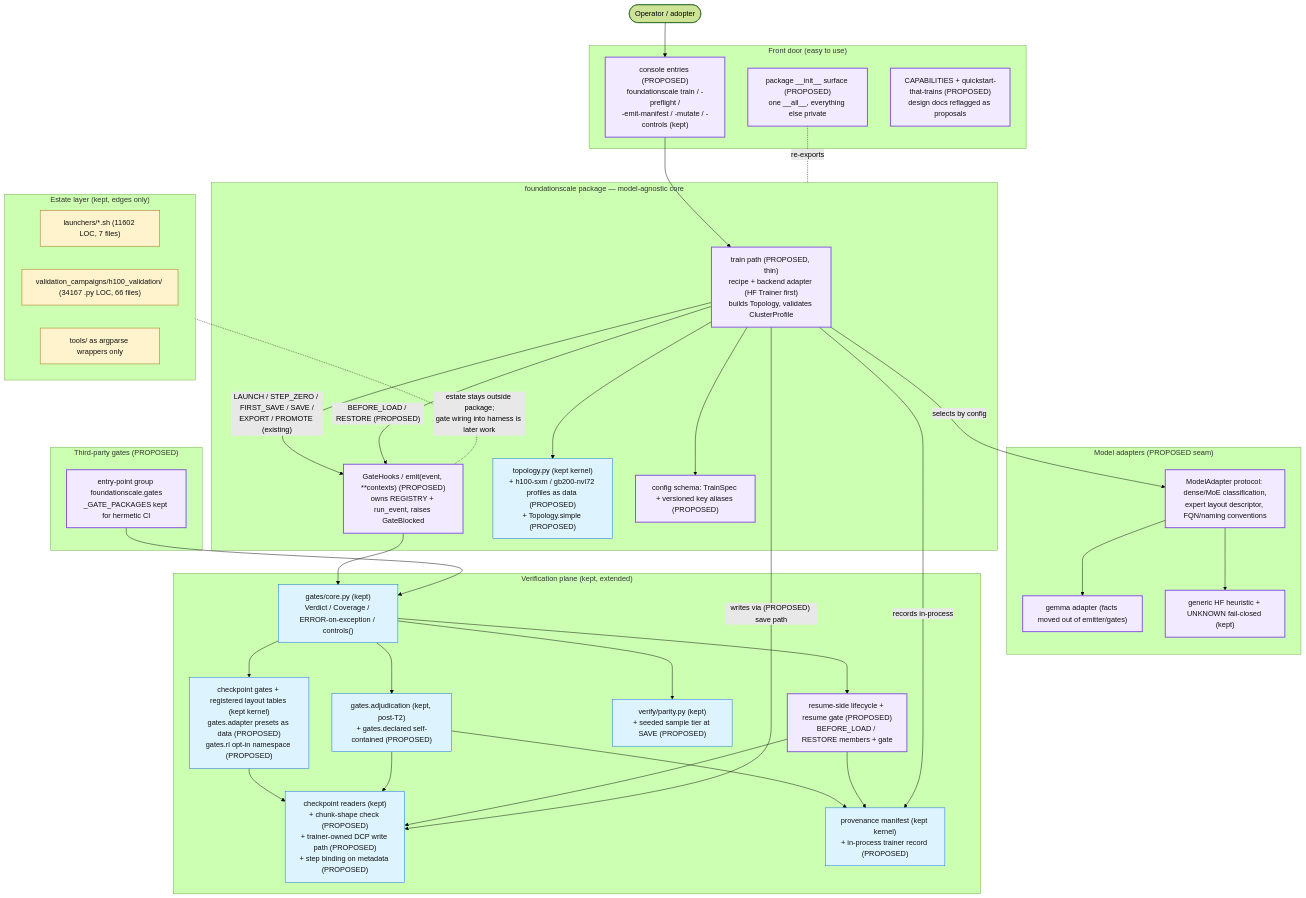
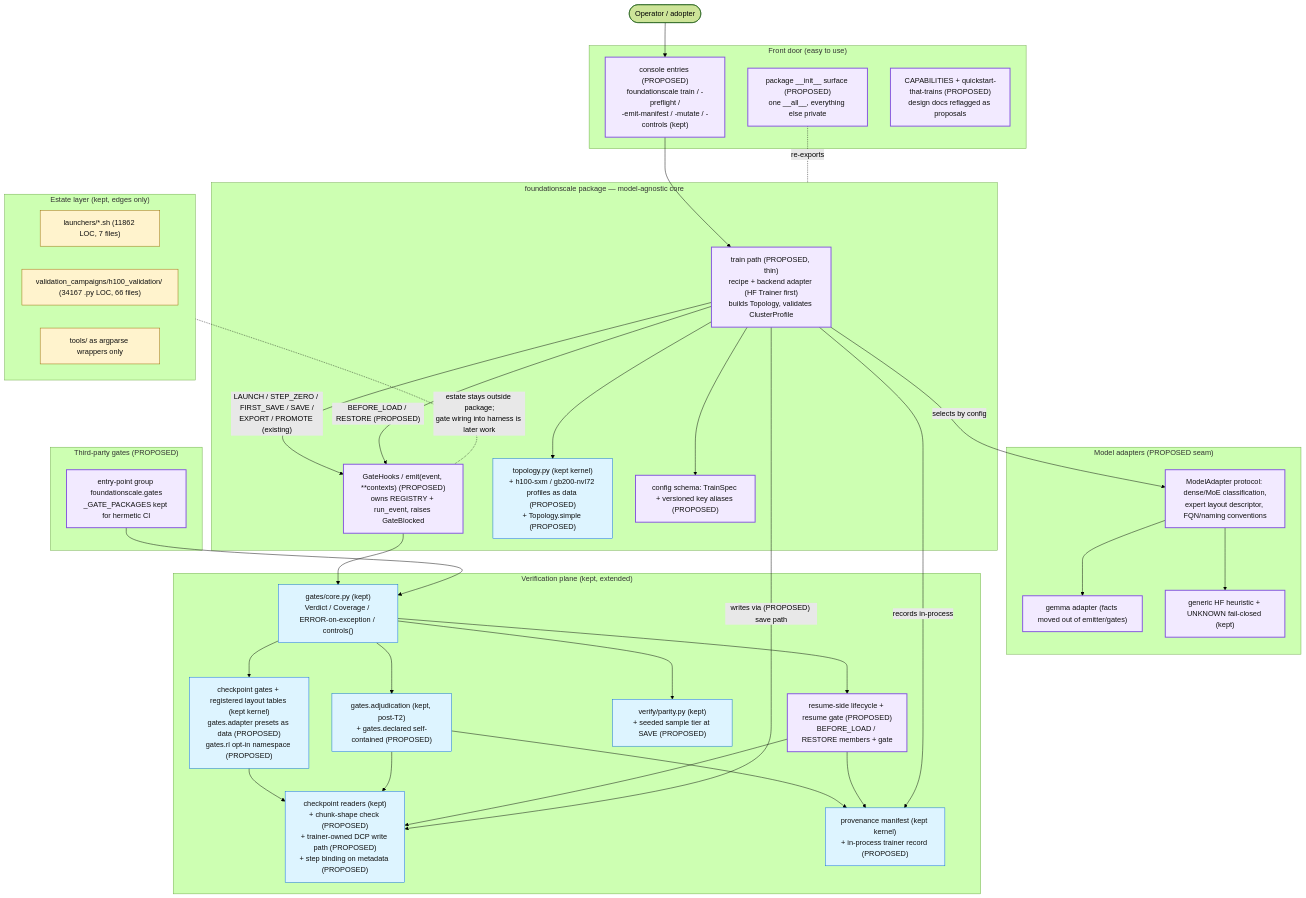
One commit to TranNhiem/FoundationScale changed the diagram in docs/review/D5_proposed_architecture.md. Above: the diagram before and after it, drawn with Mermaid (forest theme). The commit also changed other lines of this file and 19 other files, not shown here.

````diff
--- a/docs/review/D5_proposed_architecture.md
+++ b/docs/review/D5_proposed_architecture.md
@@ -13,74 +13,74 @@
 ```mermaid
 flowchart TB
   U(["Operator / adopter"])
 
   subgraph FRONT["Front door (easy to use)"]
     CLI["console entries (PROPOSED)<br/>foundationscale train / -preflight /<br/>-emit-manifest / -mutate / -controls (kept)"]
     SURF["package __init__ surface (PROPOSED)<br/>one __all__, everything else private"]
     DOCS["CAPABILITIES + quickstart-that-trains (PROPOSED)<br/>design docs reflagged as proposals"]
   end
 
   subgraph CORE["foundationscale package — model-agnostic core"]
     TRAIN["train path (PROPOSED, thin)<br/>recipe + backend adapter (HF Trainer first)<br/>builds Topology, validates ClusterProfile"]
     HOOKS["GateHooks / emit(event, **contexts) (PROPOSED)<br/>owns REGISTRY + run_event, raises GateBlocked"]
     TOPO["topology.py (kept kernel)<br/>+ h100-sxm / gb200-nvl72 profiles as data (PROPOSED)<br/>+ Topology.simple (PROPOSED)"]
     CONFIG["config schema: TrainSpec + versioned key aliases (PROPOSED)"]
   end
 
   subgraph ADAPT["Model adapters (PROPOSED seam)"]
     MA["ModelAdapter protocol: dense/MoE classification,<br/>expert layout descriptor, FQN/naming conventions"]
     GEM["gemma adapter (facts moved out of emitter/gates)"]
     HF["generic HF heuristic + UNKNOWN fail-closed (kept)"]
   end
 
   subgraph VERIFY["Verification plane (kept, extended)"]
     GCORE["gates/core.py (kept)<br/>Verdict / Coverage / ERROR-on-exception / controls()"]
     GCK["checkpoint gates + registered layout tables (kept kernel)<br/>gates.adapter presets as data (PROPOSED)<br/>gates.rl opt-in namespace (PROPOSED)"]
     ADJ["gates.adjudication (kept, post-T2)<br/>+ gates.declared self-contained (PROPOSED)"]
     PAR["verify/parity.py (kept)<br/>+ seeded sample tier at SAVE (PROPOSED)"]
     CKIO["checkpoint readers (kept)<br/>+ chunk-shape check (PROPOSED)<br/>+ trainer-owned DCP write path (PROPOSED)<br/>+ step binding on metadata (PROPOSED)"]
     PROV["provenance manifest (kept kernel)<br/>+ in-process trainer record (PROPOSED)"]
     RES["resume-side lifecycle + resume gate (PROPOSED)<br/>BEFORE_LOAD / RESTORE members + gate"]
   end
 
   subgraph PLUG["Third-party gates (PROPOSED)"]
     EP["entry-point group foundationscale.gates<br/>_GATE_PACKAGES kept for hermetic CI"]
   end
 
   subgraph ESTATE["Estate layer (kept, edges only)"]
-    LAU["launchers/*.sh (11602 LOC, 7 files)"]
+    LAU["launchers/*.sh (11862 LOC, 7 files)"]
     H100["validation_campaigns/h100_validation/ (34167 .py LOC, 66 files)"]
     WRAP["tools/ as argparse wrappers only"]
   end
 
   U --> CLI --> TRAIN
   SURF -. re-exports .- CORE
   TRAIN --> TOPO
   TRAIN --> CONFIG
   TRAIN -- "selects by config" --> MA
   MA --> GEM
   MA --> HF
   TRAIN -- "LAUNCH / STEP_ZERO / FIRST_SAVE / SAVE /<br/>EXPORT / PROMOTE (existing)" --> HOOKS
   TRAIN -- "BEFORE_LOAD / RESTORE (PROPOSED)" --> HOOKS
   HOOKS --> GCORE
   EP --> GCORE
   GCORE --> GCK
   GCORE --> ADJ
   GCORE --> PAR
   GCORE --> RES
   GCK --> CKIO
   ADJ --> CKIO
   ADJ --> PROV
   RES --> CKIO
   RES --> PROV
   TRAIN -- "writes via (PROPOSED) save path" --> CKIO
   TRAIN -- "records in-process" --> PROV
   ESTATE -. "estate stays outside package;<br/>gate wiring into harness is later work" .- HOOKS
 
   classDef new fill:#f2eaff,stroke:#8250df,stroke-width:2px,color:#111;
   classDef kept fill:#ddf4ff,stroke:#0969da,color:#111;
   classDef estate fill:#fff3cd,stroke:#9a6700,color:#111;
   class TRAIN,HOOKS,CLI,SURF,DOCS,MA,GEM,HF,RES,EP,CONFIG new;
   class GCORE,GCK,ADJ,PAR,CKIO,PROV,TOPO kept;
   class LAU,H100,WRAP estate;
 ```
````
